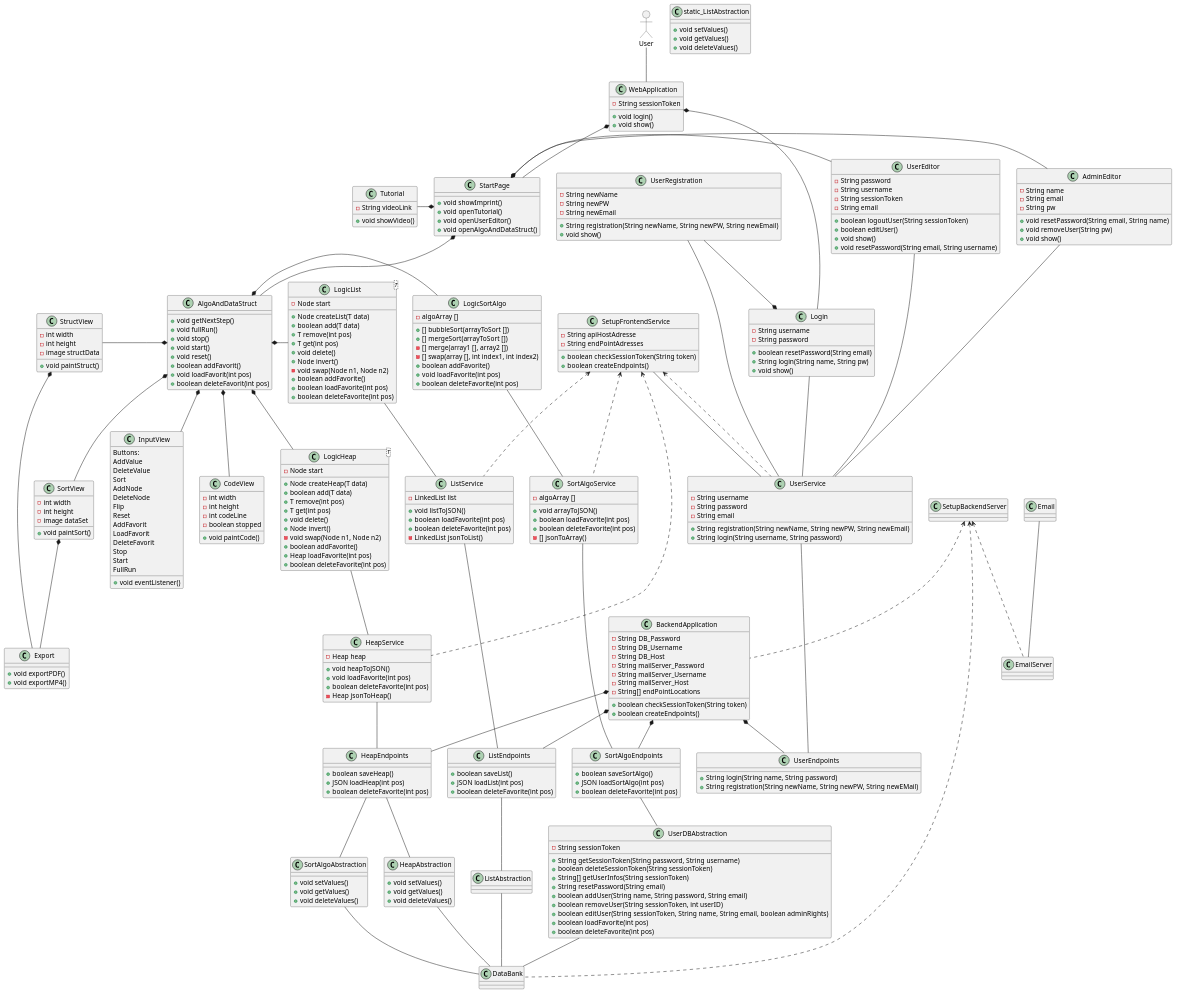
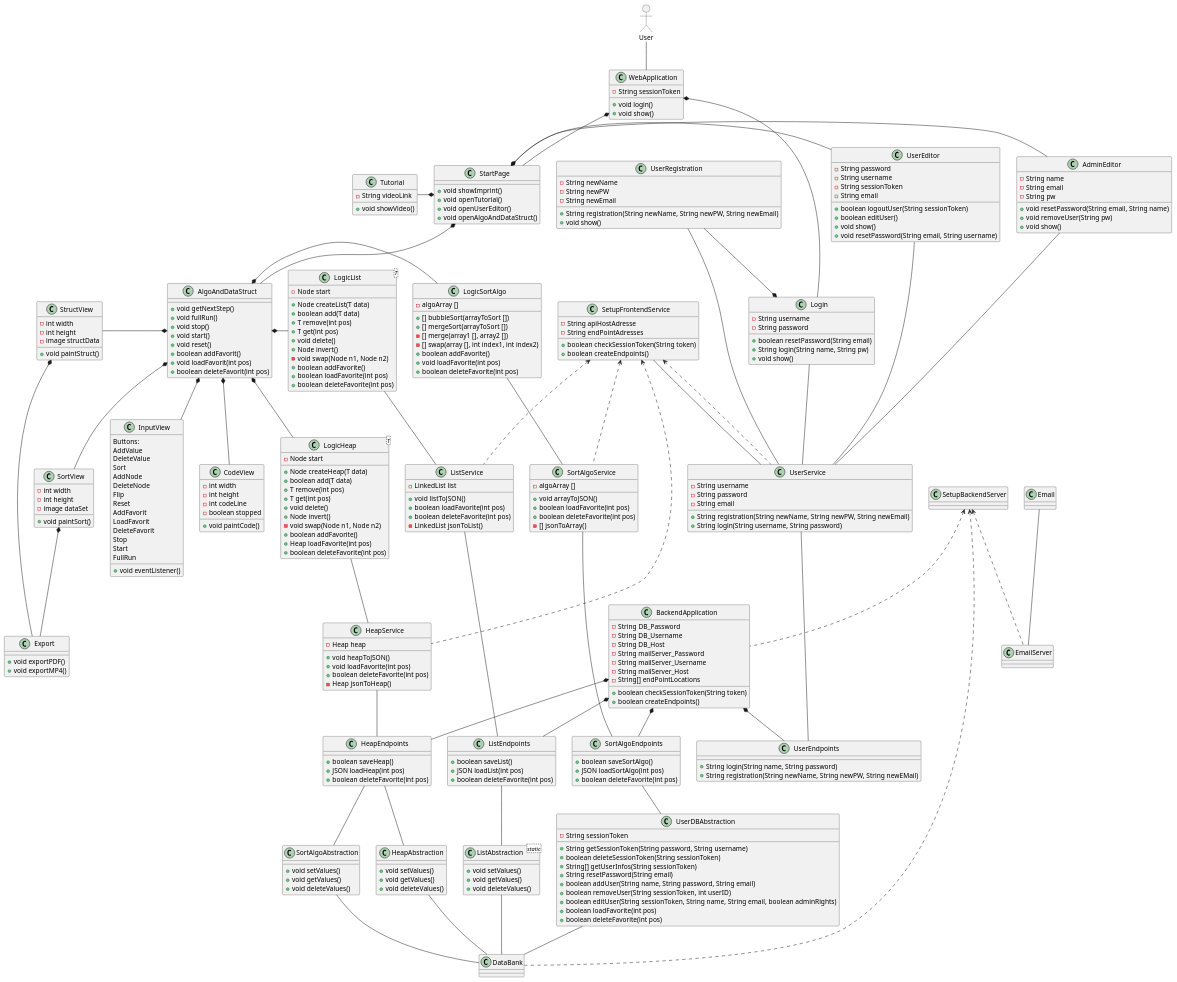
One commit to schmidti2002/Softwarepraktikum changed the diagram in Meilensteine/Meilenstein_03/Visual.puml. Above: the diagram before and after it, drawn with PlantUML.

```diff
--- a/Meilensteine/Meilenstein_03/Visual.puml
+++ b/Meilensteine/Meilenstein_03/Visual.puml
@@ -284,7 +284,7 @@
   +void deleteValues()
 }
 
-class static_ListAbstraction {
+class ListAbstraction <static> {
 
   +void setValues()
   +void getValues()
```
